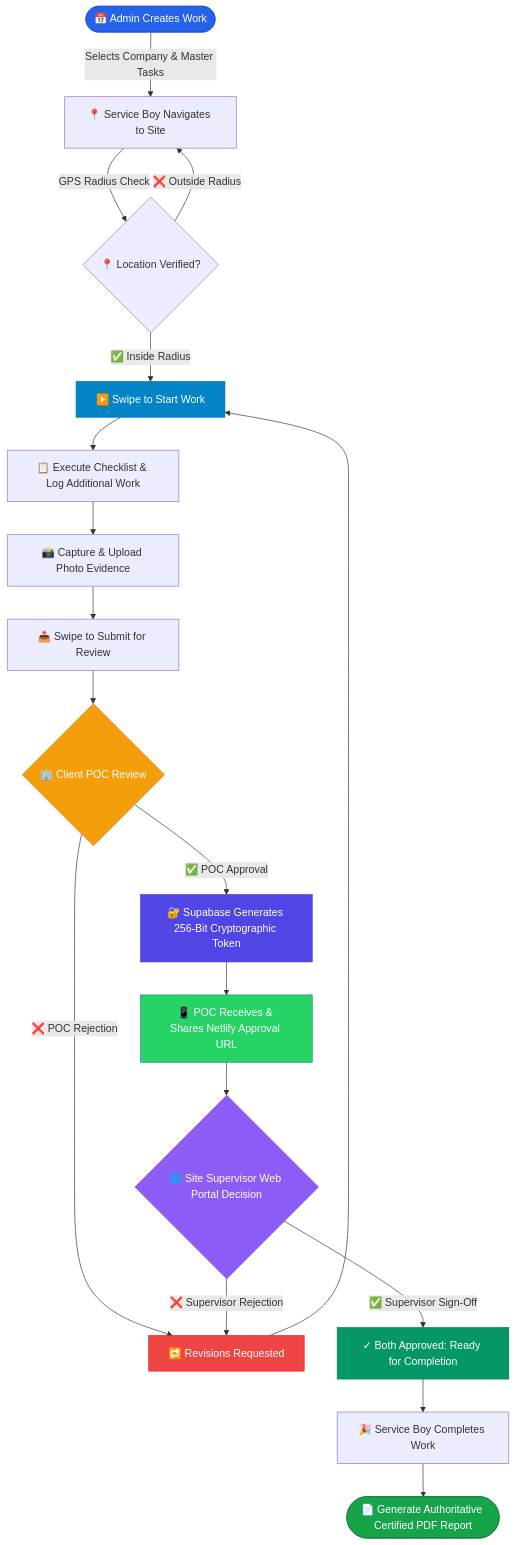
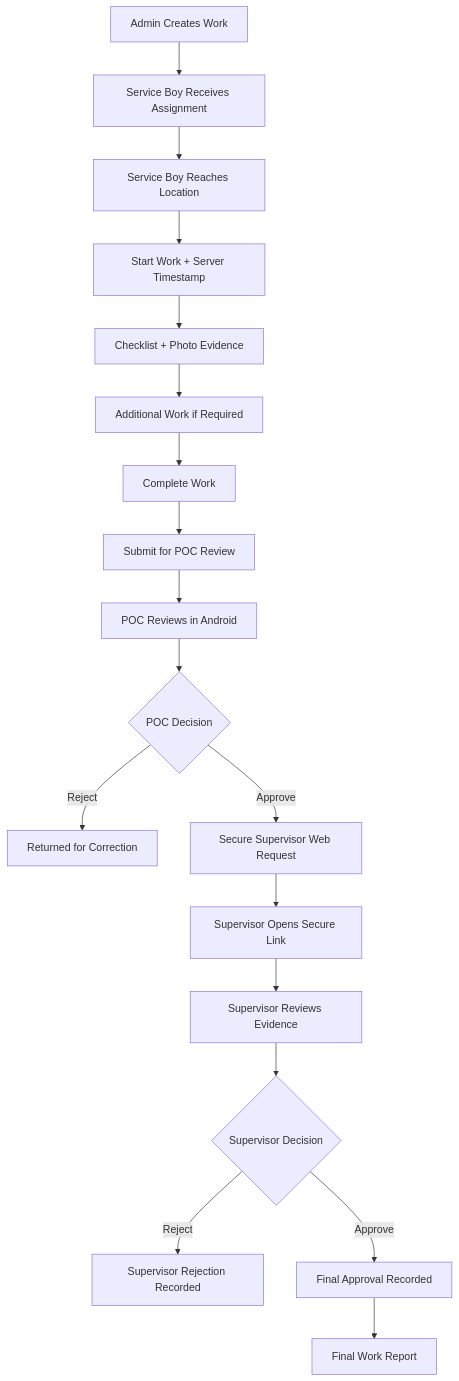
Before and after one commit to Prasad2123/Task-Management-Application: the first of 2 diagrams in README.md, drawn with Mermaid. The commit also changed other lines of this file, not shown here.

Commit message:
docs: add Supervisor Web Approval Portal details, repository link, and updated workflow

````diff
--- a/README.md
+++ b/README.md
@@ -105,34 +105,20 @@
 ```mermaid
 flowchart TD
-    A([📅 Admin Creates Work]) -->|Selects Company & Master Tasks| B[📍 Service Boy Navigates to Site]
-    B -->|GPS Radius Check| C{📍 Location Verified?}
-    C -- "❌ Outside Radius" --> B
-    C -- "✅ Inside Radius" --> D[▶️ Swipe to Start Work]
-    
-    D --> E[📋 Execute Checklist & Log Additional Work]
-    E --> F[📸 Capture & Upload Photo Evidence]
-    F --> G[📤 Swipe to Submit for Review]
-    
-    G --> H{🏢 Client POC Review}
-    H -- "❌ POC Rejection" --> I[🔁 Revisions Requested]
-    I --> D
-    H -- "✅ POC Approval" --> J[🔐 Supabase Generates 256-Bit Cryptographic Token]
-    
-    J --> K[📱 POC Receives & Shares Netlify Approval URL]
-    K --> L{🌐 Site Supervisor Web Portal Decision}
-    L -- "❌ Supervisor Rejection" --> I
-    L -- "✅ Supervisor Sign-Off" --> M[✓ Both Approved: Ready for Completion]
-    
-    M --> N[🎉 Service Boy Completes Work]
-    N --> O([📄 Generate Authoritative Certified PDF Report])
-
-    style A fill:#2563EB,stroke:#1D4ED8,color:#FFFFFF
-    style D fill:#0284C7,stroke:#0369A1,color:#FFFFFF
-    style H fill:#F59E0B,stroke:#D97706,color:#FFFFFF
-    style J fill:#4F46E5,stroke:#4338CA,color:#FFFFFF
-    style K fill:#25D366,stroke:#128C7E,color:#FFFFFF
-    style L fill:#8B5CF6,stroke:#7C3AED,color:#FFFFFF
-    style I fill:#EF4444,stroke:#DC2626,color:#FFFFFF
-    style M fill:#059669,stroke:#047857,color:#FFFFFF
-    style O fill:#16A34A,stroke:#15803D,color:#FFFFFF
+    A[Admin Creates Work] --> B[Service Boy Receives Assignment]
+    B --> C[Service Boy Reaches Location]
+    C --> D[Start Work + Server Timestamp]
+    D --> E[Checklist + Photo Evidence]
+    E --> F[Additional Work if Required]
+    F --> G[Complete Work]
+    G --> H[Submit for POC Review]
+    H --> I[POC Reviews in Android]
+    I --> J{POC Decision}
+    J -->|Reject| K[Returned for Correction]
+    J -->|Approve| L[Secure Supervisor Web Request]
+    L --> M[Supervisor Opens Secure Link]
+    M --> N[Supervisor Reviews Evidence]
+    N --> O{Supervisor Decision}
+    O -->|Reject| P[Supervisor Rejection Recorded]
+    O -->|Approve| Q[Final Approval Recorded]
+    Q --> R[Final Work Report]
 ```
````
